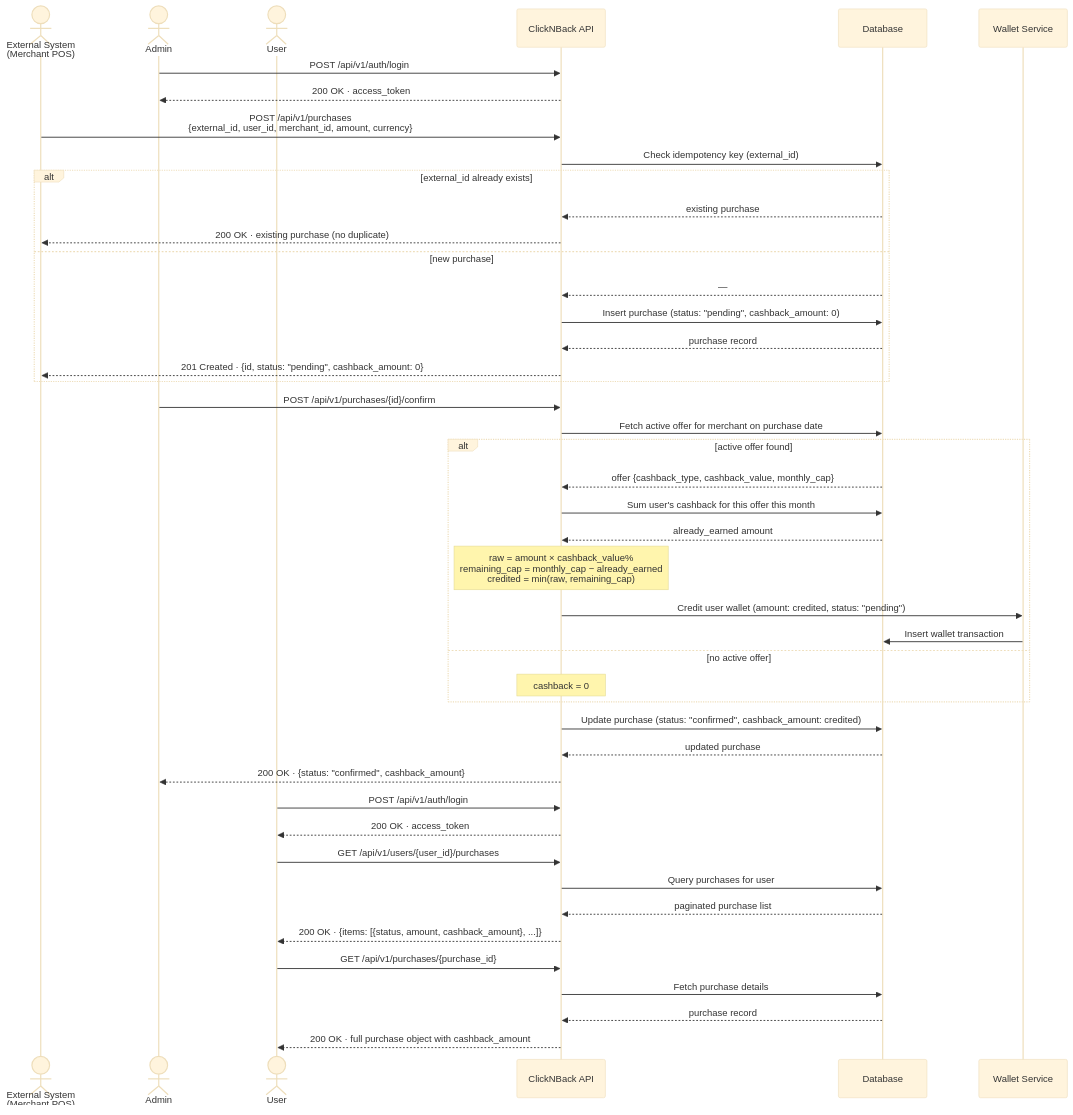
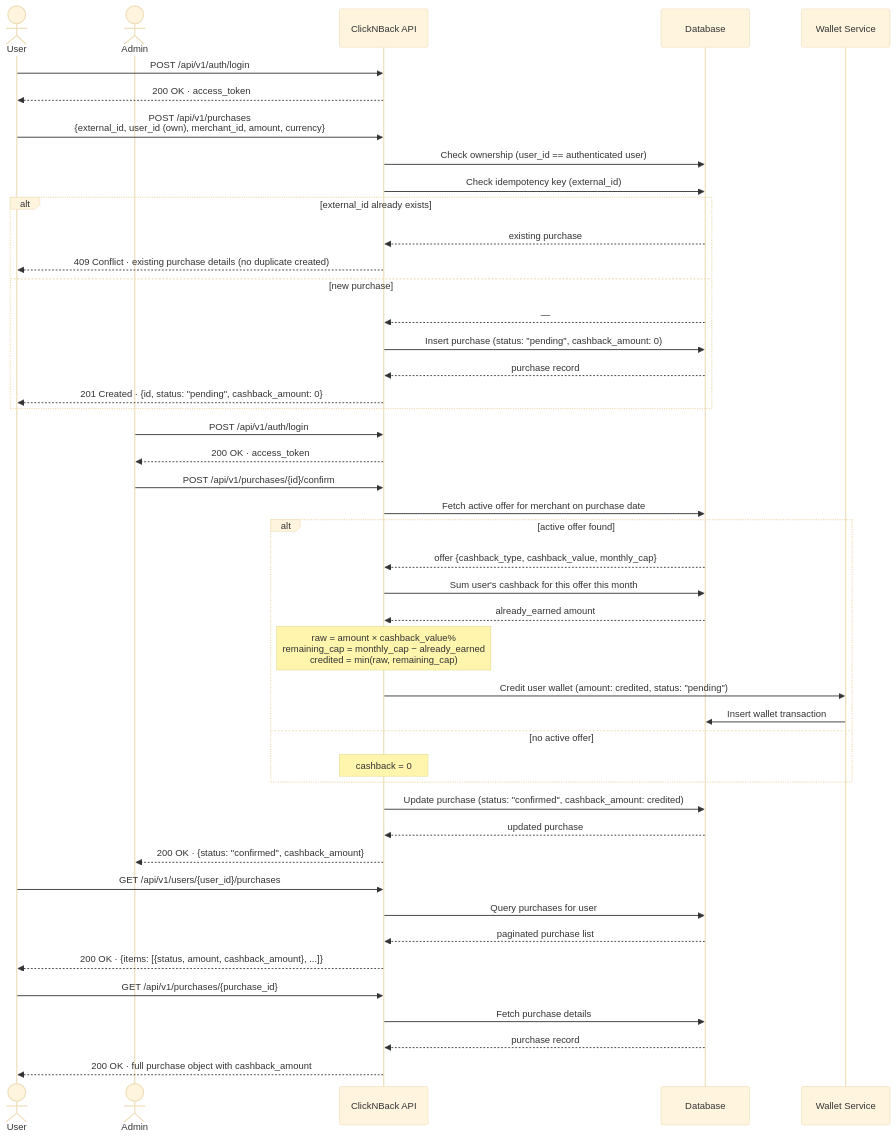
The diagram in docs/specs/workflows/03-purchase-and-cashback.md (jerosanchez/clicknback), drawn with Mermaid (base theme) before and after one commit. The commit also changed other lines of this file and 10 other files, not shown here.

````diff
--- a/docs/specs/workflows/03-purchase-and-cashback.md
+++ b/docs/specs/workflows/03-purchase-and-cashback.md
@@ -17,53 +17,53 @@
 ```mermaid
 sequenceDiagram
-    actor ExtSys as External System<br/>(Merchant POS)
+    actor User
     actor Admin
-    actor User
     participant API as ClickNBack API
     participant DB as Database
     participant Wallet as Wallet Service
 
-    Admin->>API: POST /api/v1/auth/login
-    API-->>Admin: 200 OK · access_token
+    User->>API: POST /api/v1/auth/login
+    API-->>User: 200 OK · access_token
 
-    ExtSys->>API: POST /api/v1/purchases<br/>{external_id, user_id, merchant_id, amount, currency}
+    User->>API: POST /api/v1/purchases<br/>{external_id, user_id (own), merchant_id, amount, currency}
+    API->>DB: Check ownership (user_id == authenticated user)
     API->>DB: Check idempotency key (external_id)
     alt external_id already exists
         DB-->>API: existing purchase
-        API-->>ExtSys: 200 OK · existing purchase (no duplicate)
+        API-->>User: 409 Conflict · existing purchase details (no duplicate created)
     else new purchase
         DB-->>API: —
         API->>DB: Insert purchase (status: "pending", cashback_amount: 0)
         DB-->>API: purchase record
-        API-->>ExtSys: 201 Created · {id, status: "pending", cashback_amount: 0}
+        API-->>User: 201 Created · {id, status: "pending", cashback_amount: 0}
     end
+
+    Admin->>API: POST /api/v1/auth/login
+    API-->>Admin: 200 OK · access_token
 
     Admin->>API: POST /api/v1/purchases/{id}/confirm
     API->>DB: Fetch active offer for merchant on purchase date
     alt active offer found
         DB-->>API: offer {cashback_type, cashback_value, monthly_cap}
         API->>DB: Sum user's cashback for this offer this month
         DB-->>API: already_earned amount
         Note over API: raw = amount × cashback_value%<br/>remaining_cap = monthly_cap − already_earned<br/>credited = min(raw, remaining_cap)
         API->>Wallet: Credit user wallet (amount: credited, status: "pending")
         Wallet->>DB: Insert wallet transaction
     else no active offer
         Note over API: cashback = 0
     end
     API->>DB: Update purchase (status: "confirmed", cashback_amount: credited)
     DB-->>API: updated purchase
     API-->>Admin: 200 OK · {status: "confirmed", cashback_amount}
 
-    User->>API: POST /api/v1/auth/login
-    API-->>User: 200 OK · access_token
-
     User->>API: GET /api/v1/users/{user_id}/purchases
     API->>DB: Query purchases for user
     DB-->>API: paginated purchase list
     API-->>User: 200 OK · {items: [{status, amount, cashback_amount}, ...]}
 
     User->>API: GET /api/v1/purchases/{purchase_id}
     API->>DB: Fetch purchase details
     DB-->>API: purchase record
     API-->>User: 200 OK · full purchase object with cashback_amount
 ```
````
